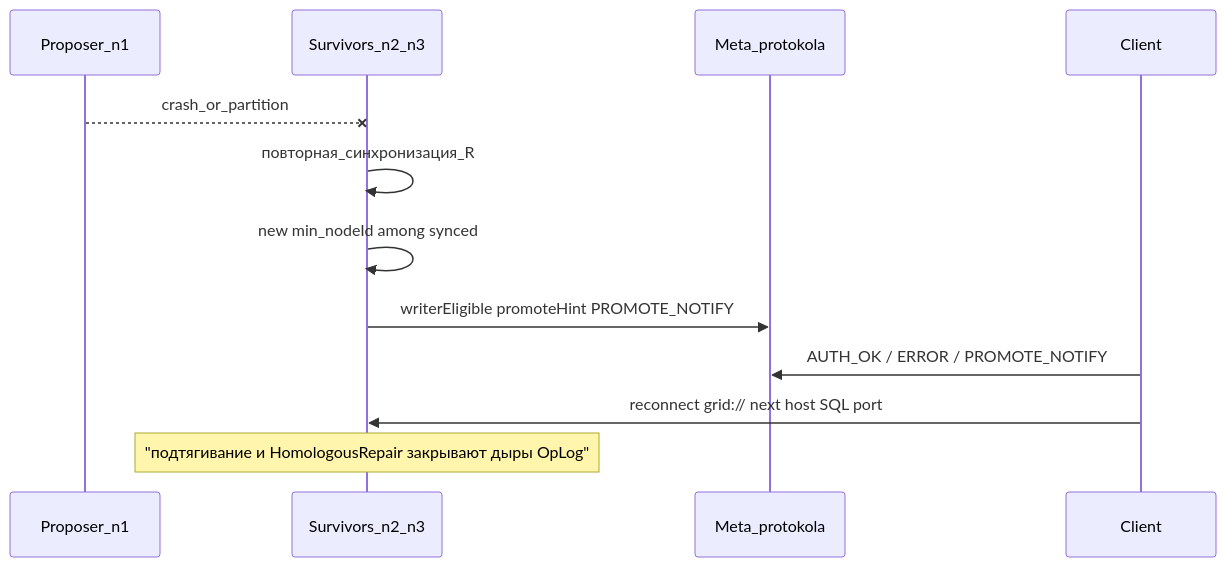
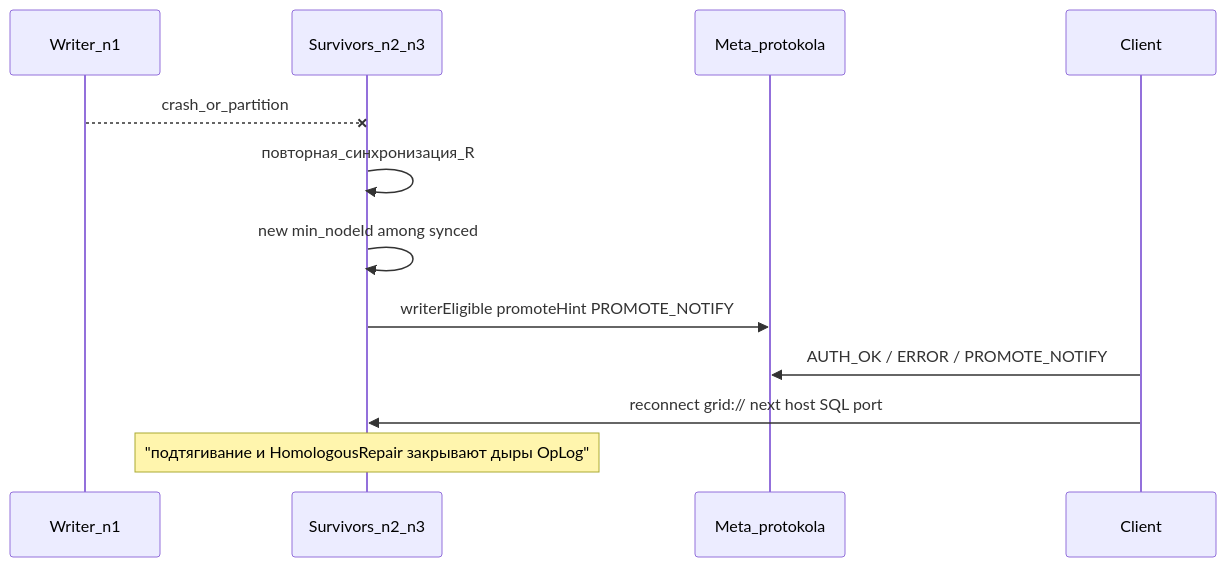
One commit to GenCloud/grid-sql changed the third of 3 diagrams in docs/ru/configure-and-operate/operations/cluster-ha-highload.md. Above: the diagram before and after it, drawn with Mermaid. The commit also changed other lines of this file and 111 other files, not shown here.

````diff
--- a/docs/ru/configure-and-operate/operations/cluster-ha-highload.md
+++ b/docs/ru/configure-and-operate/operations/cluster-ha-highload.md
@@ -76,14 +76,14 @@
 ```mermaid
 sequenceDiagram
-  participant P as Proposer_n1
+  participant P as Writer_n1
   participant S as Survivors_n2_n3
   participant W as Meta_protokola
   participant Cl as Client
   P--xS: crash_or_partition
   S->>S: повторная_синхронизация_R
   S->>S: new min_nodeId among synced
   S->>W: writerEligible promoteHint PROMOTE_NOTIFY
   Cl->>W: AUTH_OK / ERROR / PROMOTE_NOTIFY
   Cl->>S: reconnect grid:// next host SQL port
   Note over S: "подтягивание и HomologousRepair закрывают дыры OpLog"
 ```
````
